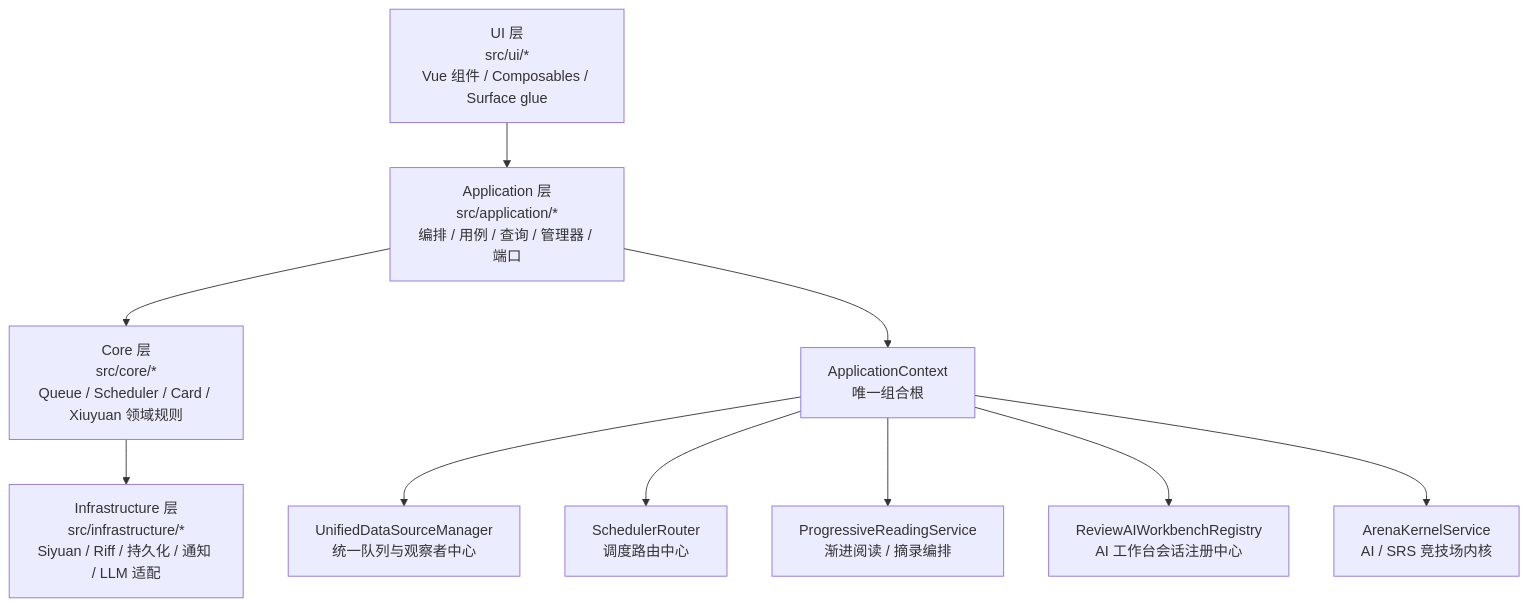
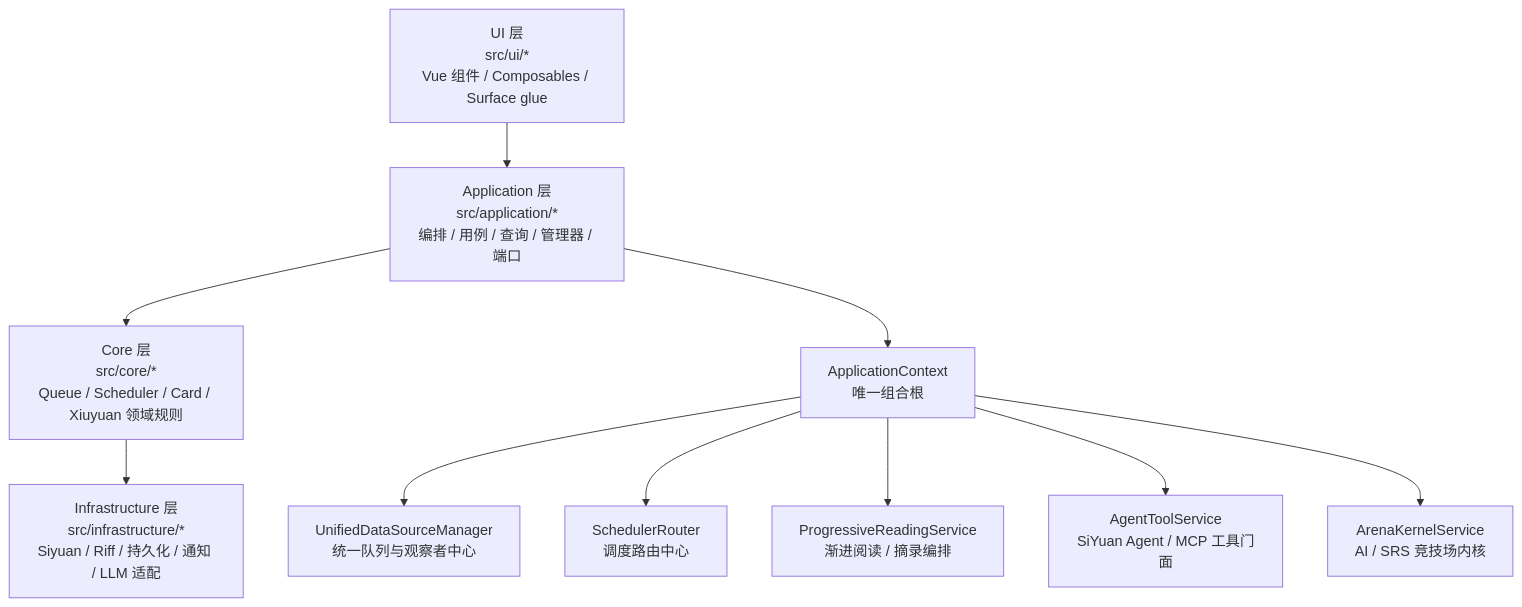
The first of 2 diagrams in ARCHITECTURE.md (Dammyxy/siyuanmemoSRC), drawn with Mermaid before and after one commit. The commit also changed other lines of this file and 205 other files, not shown here.

````diff
--- a/ARCHITECTURE.md
+++ b/ARCHITECTURE.md
@@ -47,13 +47,13 @@
 ```mermaid
 flowchart TD
   UI["UI 层\nsrc/ui/*\nVue 组件 / Composables / Surface glue"] --> APP["Application 层\nsrc/application/*\n编排 / 用例 / 查询 / 管理器 / 端口"]
   APP --> CORE["Core 层\nsrc/core/*\nQueue / Scheduler / Card / Xiuyuan 领域规则"]
   CORE --> INFRA["Infrastructure 层\nsrc/infrastructure/*\nSiyuan / Riff / 持久化 / 通知 / LLM 适配"]
 
   APP --> CTX["ApplicationContext\n唯一组合根"]
   CTX --> UDSM["UnifiedDataSourceManager\n统一队列与观察者中心"]
   CTX --> SR["SchedulerRouter\n调度路由中心"]
   CTX --> PR["ProgressiveReadingService\n渐进阅读 / 摘录编排"]
-  CTX --> AI["ReviewAIWorkbenchRegistry\nAI 工作台会话注册中心"]
+  CTX --> AGENT["AgentToolService\nSiYuan Agent / MCP 工具门面"]
   CTX --> AR["ArenaKernelService\nAI / SRS 竞技场内核"]
 ```
````
